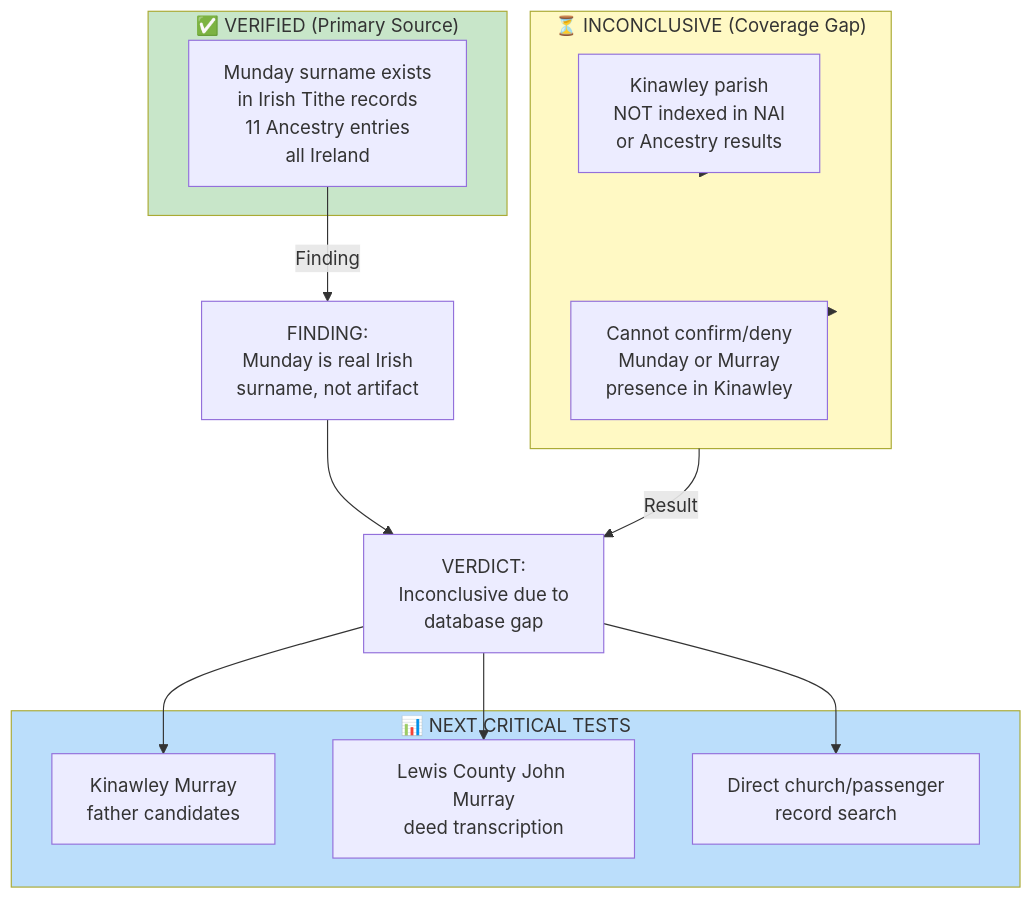
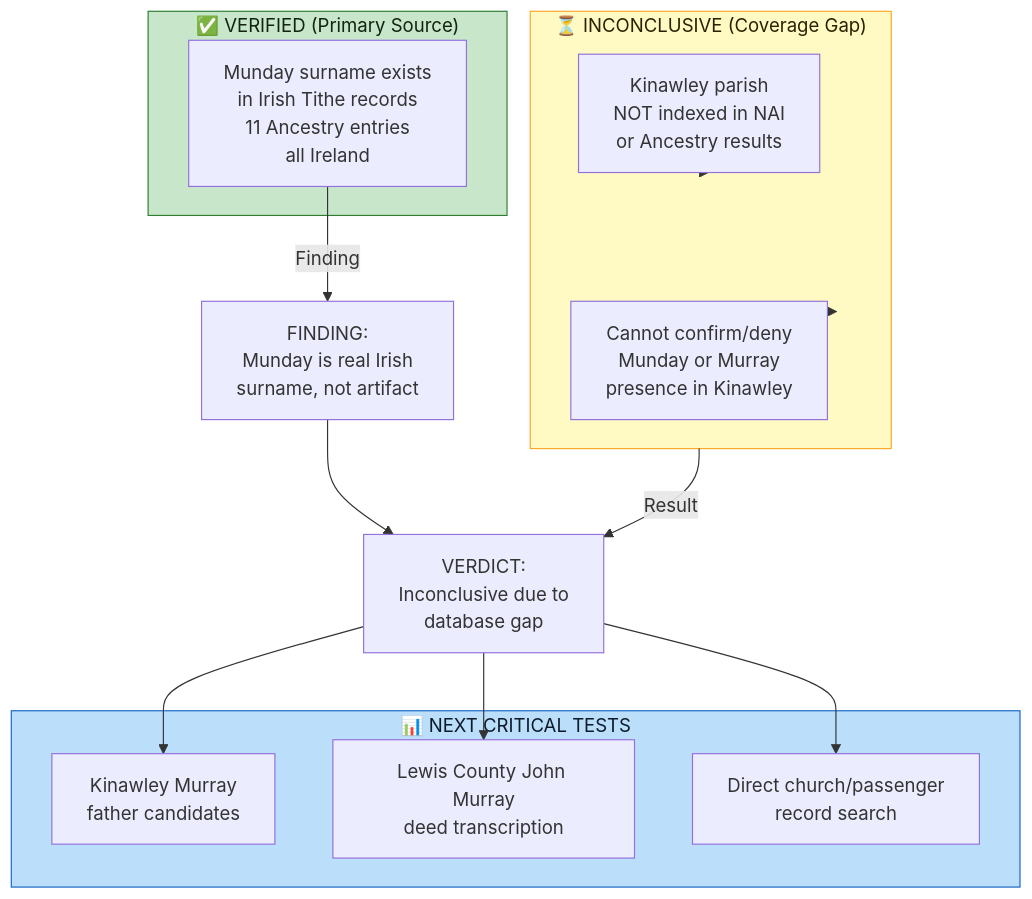
One commit to zcopley/copley-family-research changed the diagram in RQ-M5-TITHE-APPLOTMENT-SEARCH.md. Above: the diagram before and after it, drawn with Mermaid. The commit also changed 14 other files, not shown here.

Commit message:
Enforce Mermaid diagram contrast

````diff
--- a/RQ-M5-TITHE-APPLOTMENT-SEARCH.md
+++ b/RQ-M5-TITHE-APPLOTMENT-SEARCH.md
@@ -148,32 +148,32 @@
 ```mermaid
 graph TB
     subgraph VERIFIED["✅ VERIFIED (Primary Source)"]
         V1["Munday surname exists<br/>in Irish Tithe records<br/>11 Ancestry entries<br/>all Ireland"]
     end
     
     subgraph INCONCLUSIVE["⏳ INCONCLUSIVE (Coverage Gap)"]
         I1["Kinawley parish<br/>NOT indexed in NAI<br/>or Ancestry results"]
         I2["Cannot confirm/deny<br/>Munday or Murray<br/>presence in Kinawley"]
     end
     
     subgraph NEXT_TEST["📊 NEXT CRITICAL TESTS"]
         N1["Kinawley Murray<br/>father candidates"]
         N2["Lewis County John Murray<br/>deed transcription"]
         N3["Direct church/passenger<br/>record search"]
     end
     
     V1 -->|Finding| FINDING["FINDING:<br/>Munday is real Irish<br/>surname, not artifact"]
     I1 --> INCONCLUSIVE
     I2 --> INCONCLUSIVE
     
     INCONCLUSIVE -->|Result| VERDICT["VERDICT:<br/>Inconclusive due to<br/>database gap"]
     FINDING --> VERDICT
     
     VERDICT --> N1
     VERDICT --> N2
     VERDICT --> N3
     
-    style VERIFIED fill:#c8e6c9
-    style INCONCLUSIVE fill:#fff9c4
-    style NEXT_TEST fill:#bbdefb
+    style VERIFIED fill:#c8e6c9,stroke:#2e7d32,color:#102411
+    style INCONCLUSIVE fill:#fff9c4,stroke:#f9a825,color:#2a2100
+    style NEXT_TEST fill:#bbdefb,stroke:#1565c0,color:#0d1b2a
 ```
````
